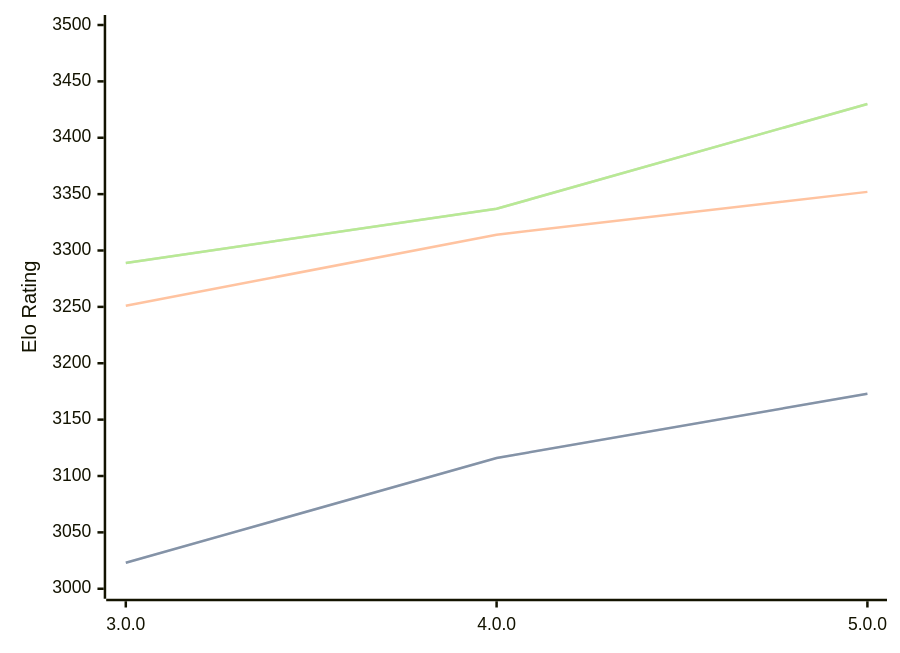
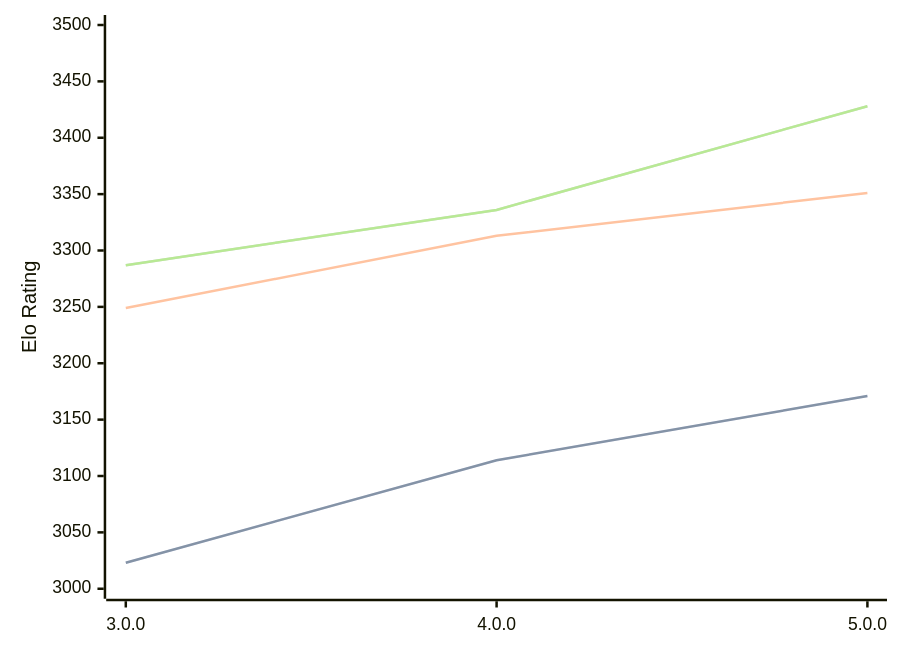
One commit to computer-chess-index/cci changed the diagram in engines/Minke.md. Above: the diagram before and after it, drawn with Mermaid. The commit also changed other lines of this file, not shown here.

Commit message:
Update CCI Ratings (ELO VLTC) - 2026-03-08

````diff
--- a/engines/Minke.md
+++ b/engines/Minke.md
@@ -33,11 +33,11 @@
 ```mermaid
 %%{init: {"theme":"base","themeVariables":{"seriesColors:['#a3a3a3','#222221','#faa371']}}}%%
 xychart-beta
   x-axis ["3.0.0", "4.0.0", "5.0.0"]
   y-axis "Elo Rating" 3000 --> 3500
-  line "STC (8.0+0.08s)" [3023, 3116, 3173]
-  line "STC (8.0+0.08s)" [3023, 3116, 3173]
-  line "LTC (60.0+0.60s)" [3251, 3314, 3352]
-  line "VLTC (2m24s+1.12s)" [3289, 3337, 3430]
-  line "VLTC (2m24s+1.12s)" [3289, 3337, 3430]
+  line "STC (8.0+0.08s)" [3023, 3114, 3171]
+  line "STC (8.0+0.08s)" [3023, 3114, 3171]
+  line "LTC (60.0+0.60s)" [3249, 3313, 3351]
+  line "VLTC (2m24s+1.12s)" [3287, 3336, 3428]
+  line "VLTC (2m24s+1.12s)" [3287, 3336, 3428]
 ```
````
